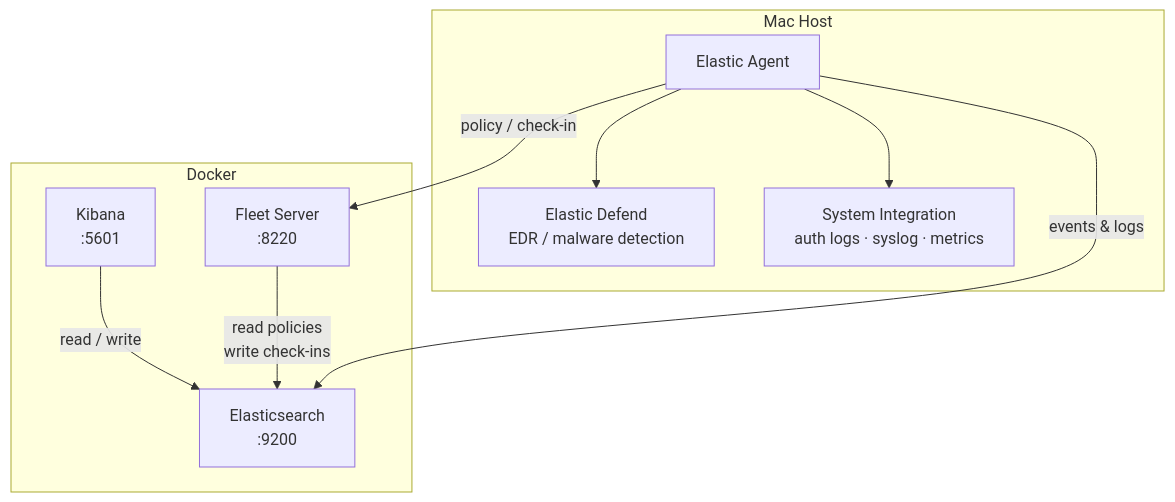
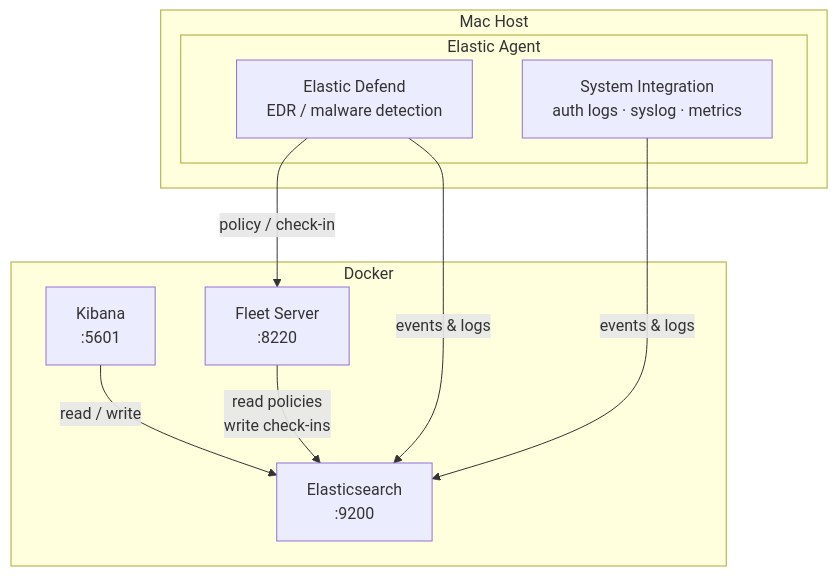
The diagram in README.md (tomasliubinas/elastic-security-lab), drawn with Mermaid before and after one commit.

Commit message:
Show Elastic Defend and System as subcomponents of Elastic Agent in diagram

````diff
--- a/README.md
+++ b/README.md
@@ -25,21 +25,21 @@
 ```mermaid
 graph TD
     subgraph Docker
         ES[Elasticsearch\n:9200]
         KB[Kibana\n:5601]
         FS[Fleet Server\n:8220]
     end
 
     subgraph Mac Host
-        AG[Elastic Agent]
-        ED[Elastic Defend\nEDR / malware detection]
-        SY[System Integration\nauth logs · syslog · metrics]
+        subgraph Elastic Agent
+            ED[Elastic Defend\nEDR / malware detection]
+            SY[System Integration\nauth logs · syslog · metrics]
+        end
     end
 
     KB -->|read / write| ES
     FS -->|read policies\nwrite check-ins| ES
-    AG -->|events & logs| ES
-    AG -->|policy / check-in| FS
-    AG --> ED
-    AG --> SY
+    ED -->|events & logs| ES
+    SY -->|events & logs| ES
+    ED -->|policy / check-in| FS
 ```
````
